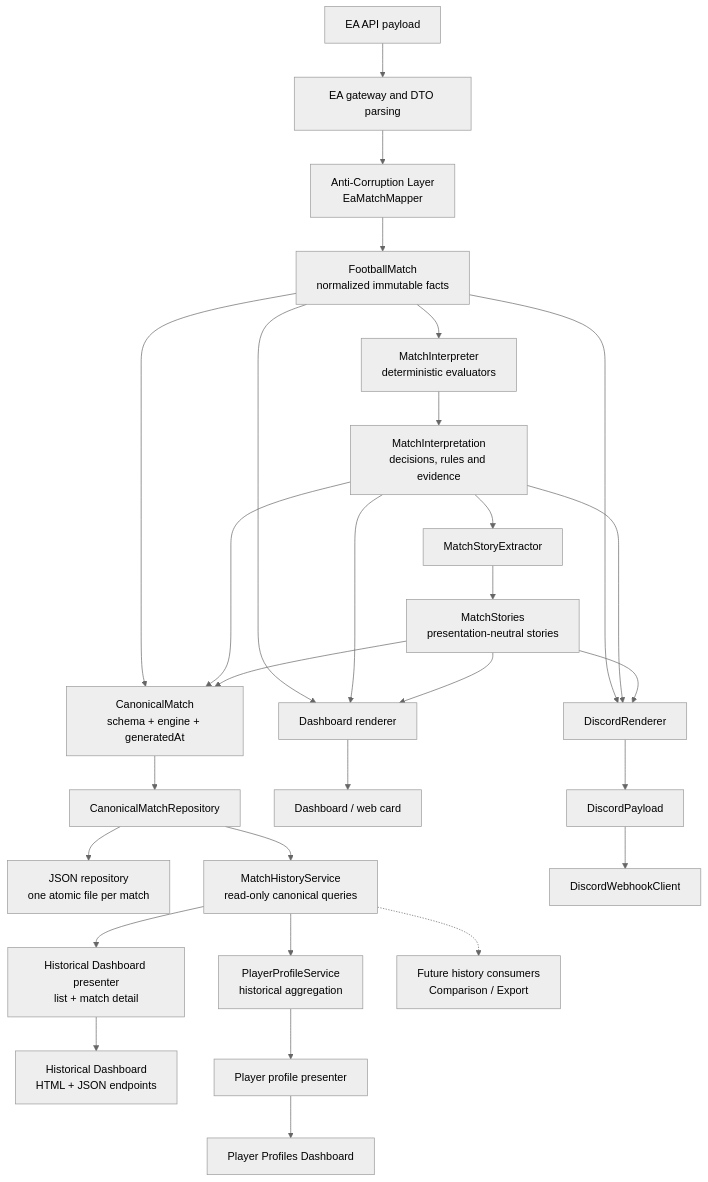
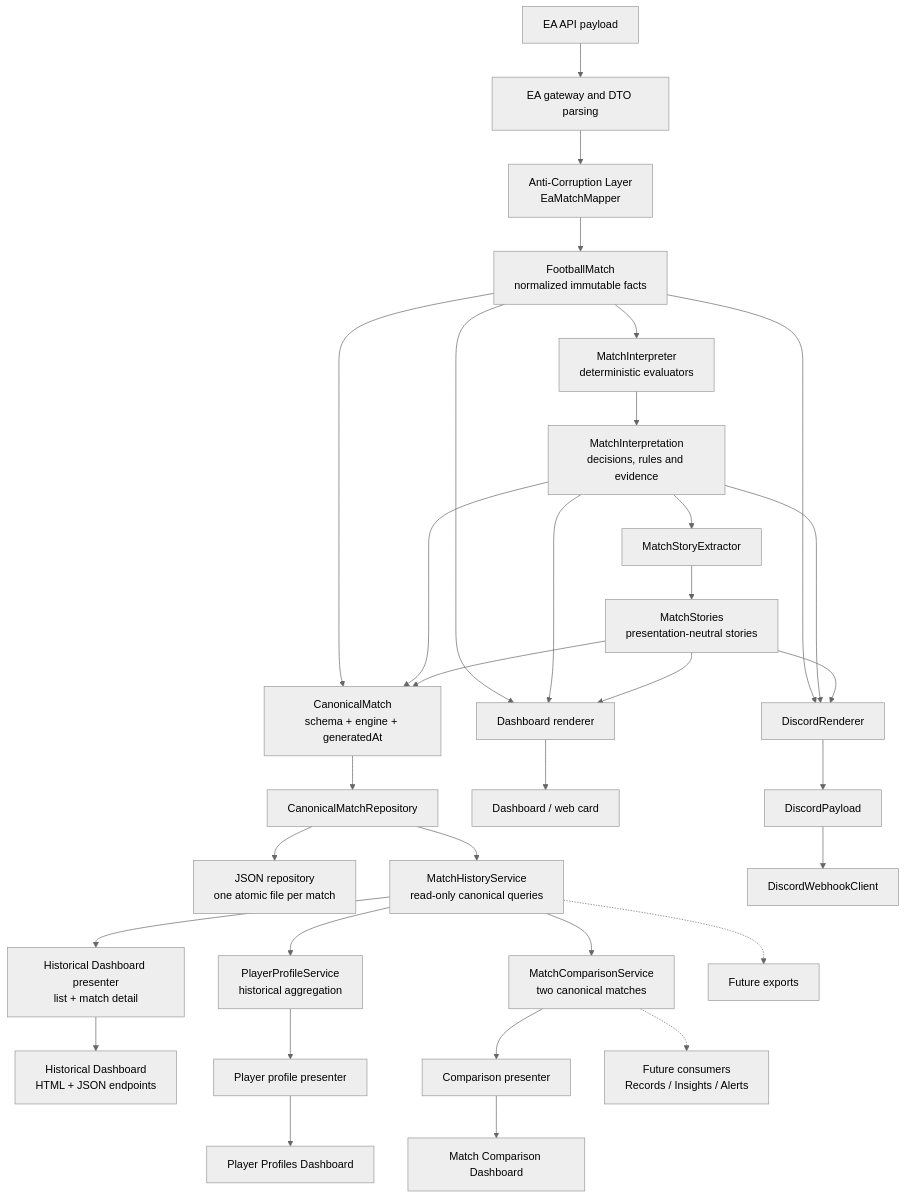
One commit to douglas-borba/eafc26-discord-stats changed the diagram in docs/architecture.md. Above: the diagram before and after it, drawn with Mermaid (neutral theme). The commit also changed other lines of this file and 11 other files, not shown here.

Commit message:
feat: add canonical match comparison

````diff
--- a/docs/architecture.md
+++ b/docs/architecture.md
@@ -13,31 +13,35 @@
 ```mermaid
 flowchart TD
     EA["EA API payload"] --> GW["EA gateway and DTO parsing"]
     GW --> ACL["Anti-Corruption Layer<br/>EaMatchMapper"]
     ACL --> FM["FootballMatch<br/>normalized immutable facts"]
     FM --> MI["MatchInterpreter<br/>deterministic evaluators"]
     MI --> INT["MatchInterpretation<br/>decisions, rules and evidence"]
     INT --> SE["MatchStoryExtractor"]
     SE --> MS["MatchStories<br/>presentation-neutral stories"]
     FM --> CM["CanonicalMatch<br/>schema + engine + generatedAt"]
     INT --> CM
     MS --> CM
     CM --> PORT["CanonicalMatchRepository"]
     PORT --> JSON["JSON repository<br/>one atomic file per match"]
     PORT --> HIST["MatchHistoryService<br/>read-only canonical queries"]
     HIST --> HDASH["Historical Dashboard presenter<br/>list + match detail"]
     HDASH --> HWEB["Historical Dashboard<br/>HTML + JSON endpoints"]
     HIST --> PROFILE["PlayerProfileService<br/>historical aggregation"]
     PROFILE --> PVIEW["Player profile presenter"]
     PVIEW --> PWEB["Player Profiles Dashboard"]
-    HIST -.-> FUTURE["Future history consumers<br/>Comparison / Export"]
+    HIST --> COMP["MatchComparisonService<br/>two canonical matches"]
+    COMP --> CVIEW["Comparison presenter"]
+    CVIEW --> CWEB["Match Comparison Dashboard"]
+    COMP -.-> FUTURE["Future consumers<br/>Records / Insights / Alerts"]
+    HIST -.-> EXPORT["Future exports"]
     FM --> DASH["Dashboard renderer"]
     INT --> DASH
     MS --> DASH
     FM --> DISC["DiscordRenderer"]
     INT --> DISC
     MS --> DISC
     DASH --> WEB["Dashboard / web card"]
     DISC --> PAYLOAD["DiscordPayload"]
     PAYLOAD --> HOOK["DiscordWebhookClient"]
 ```
````
